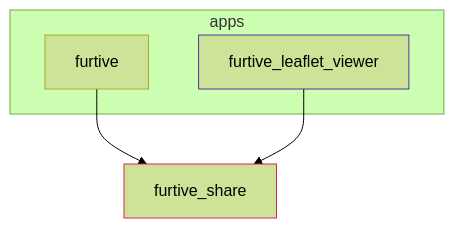
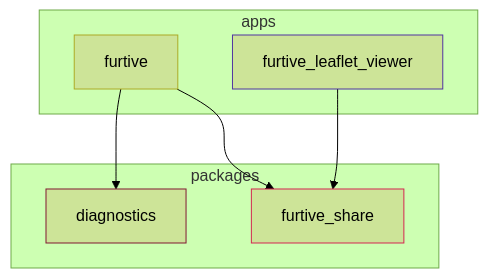
One commit to ethicnology-agent/furtive changed the diagram in docs/module-graph.md. Above: the diagram before and after it, drawn with Mermaid (forest theme). The commit also changed 45 other files, not shown here.

````diff
--- a/docs/module-graph.md
+++ b/docs/module-graph.md
@@ -5,15 +5,22 @@
 ```mermaid
 graph TD
+  diagnostics["diagnostics"]
+  style diagnostics stroke:#811832
   furtive["furtive"]
   style furtive stroke:#acaa26
   furtive_leaflet_viewer["furtive_leaflet_viewer"]
   style furtive_leaflet_viewer stroke:#5135a1
   furtive_share["furtive_share"]
   style furtive_share stroke:#d42752
+  furtive --> diagnostics
   furtive --> furtive_share
   furtive_leaflet_viewer --> furtive_share
-  subgraph apps0 ["apps"]
+  subgraph packages0 ["packages"]
+    diagnostics
+    furtive_share
+  end
+  subgraph apps1 ["apps"]
     furtive
     furtive_leaflet_viewer
   end
 ```
````
